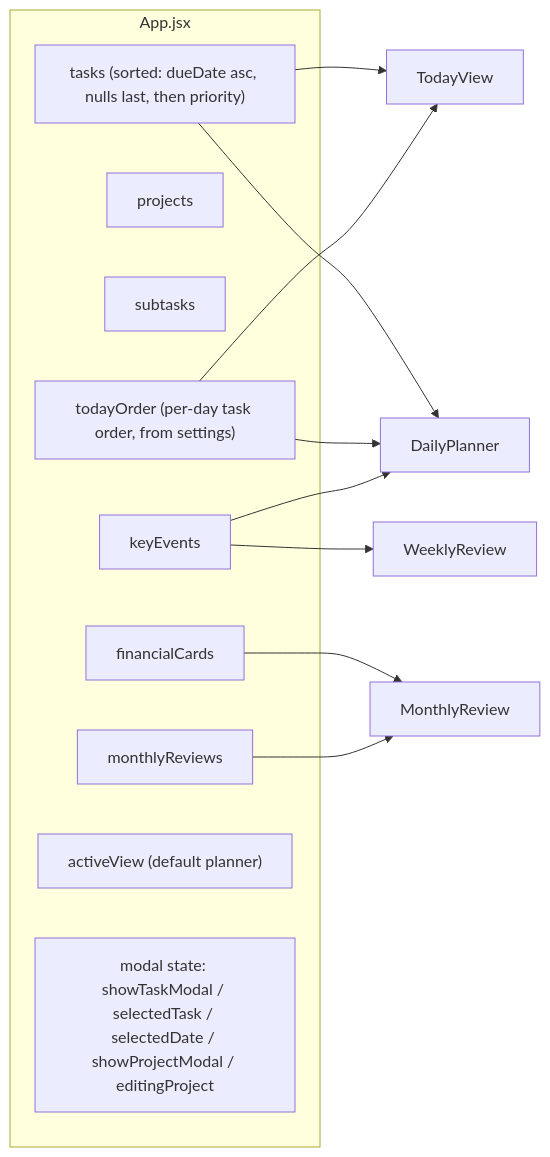
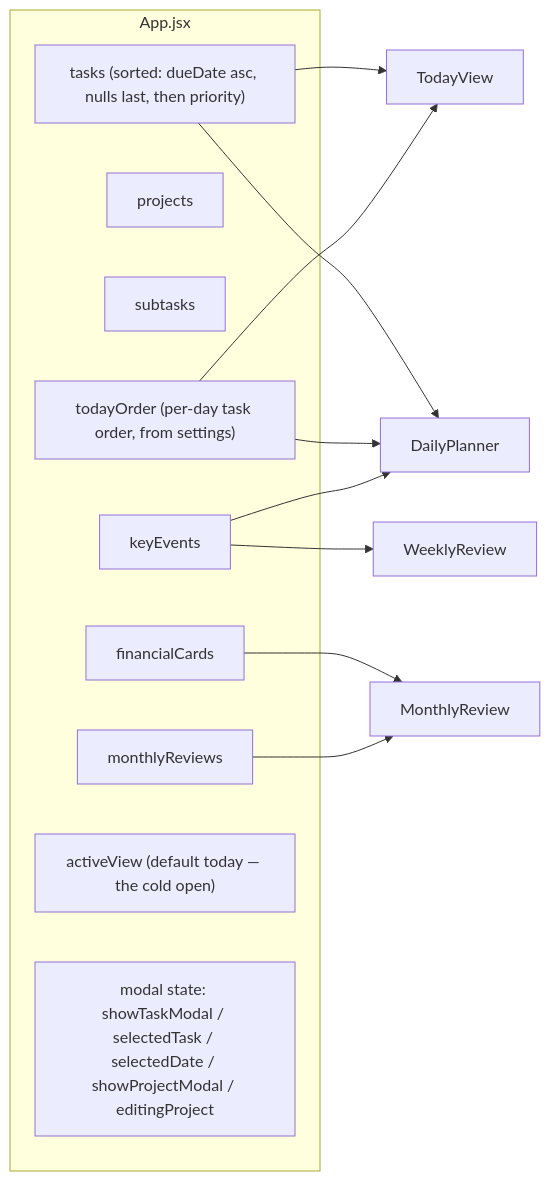
Before and after one commit to lung123w/dayframe: the second of 7 diagrams in .dev_context/ARCHITECTURE.md, drawn with Mermaid. The commit also changed other lines of this file and 2 other files, not shown here.

````diff
--- a/.dev_context/ARCHITECTURE.md
+++ b/.dev_context/ARCHITECTURE.md
@@ -79,22 +81,22 @@
 ```mermaid
 flowchart LR
     subgraph ROOT["App.jsx"]
       A1["tasks (sorted: dueDate asc, nulls last, then priority)"]
       A2["projects"]
       A3["subtasks"]
       A4["todayOrder (per-day task order, from settings)"]
       A5["keyEvents"]
       A6["financialCards"]
       A7["monthlyReviews"]
-      A8["activeView (default planner)"]
+      A8["activeView (default today — the cold open)"]
       A9["modal state: showTaskModal / selectedTask / selectedDate / showProjectModal / editingProject"]
     end
     A1 --> TodayView
     A1 --> DailyPlanner
     A4 --> TodayView
     A4 --> DailyPlanner
     A5 --> DailyPlanner
     A5 --> WeeklyReview
     A6 --> MonthlyReview
     A7 --> MonthlyReview
 ```
````
